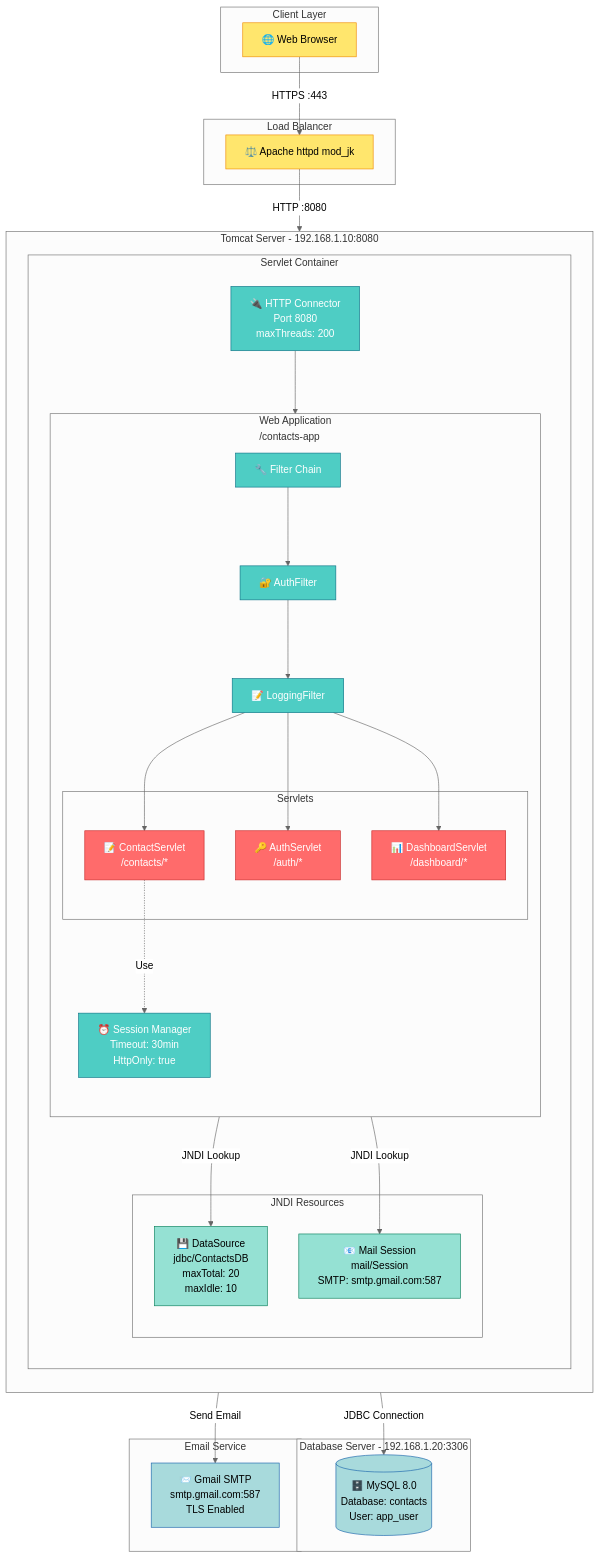
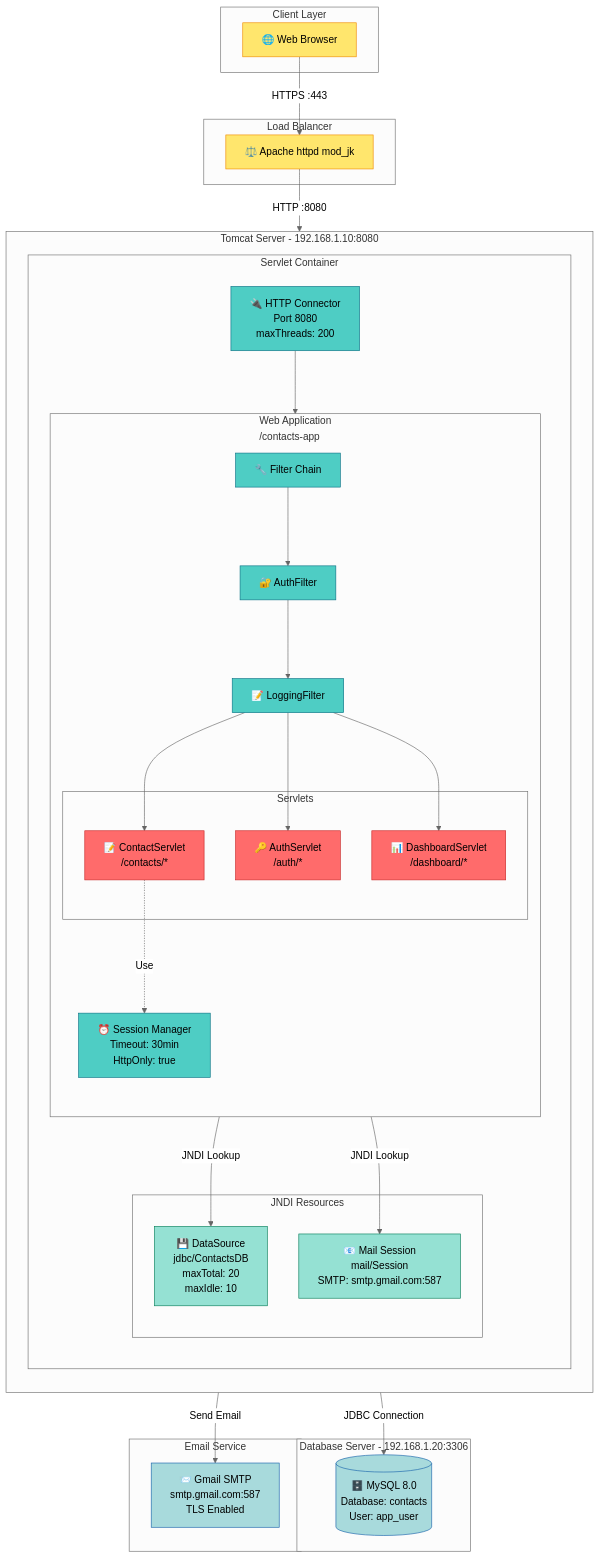
One commit to wienans/example-repo changed the second of 6 diagrams in .agents/skills/mermaid-architect/examples/java-webapp/README.md. Above: the diagram before and after it, drawn with Mermaid (neutral theme). The commit also changed other lines of this file and 58 other files, not shown here.

First line of the commit message:
feat(skills): merge mastery-of-mermaid into mermaid-architect

````diff
--- a/.agents/skills/mermaid-architect/examples/java-webapp/README.md
+++ b/.agents/skills/mermaid-architect/examples/java-webapp/README.md
@@ -312,75 +312,75 @@
 ```mermaid
 graph TB
     subgraph "Client Layer"
         Browser[🌐 Web Browser]
     end
 
     subgraph "Load Balancer"
         LB[⚖️ Apache httpd mod_jk]
     end
 
     subgraph "Tomcat Server - 192.168.1.10:8080"
         direction TB
 
         subgraph "Servlet Container"
             direction TB
             Connector[🔌 HTTP Connector<br/>Port 8080<br/>maxThreads: 200]
 
             subgraph "Web Application<br/>/contacts-app"
                 direction TB
                 FilterChain[🔧 Filter Chain]
                 AuthFilter[🔐 AuthFilter]
                 LogFilter[📝 LoggingFilter]
 
                 subgraph "Servlets"
                     ContactServlet[📝 ContactServlet<br/>/contacts/*]
                     AuthServlet[🔑 AuthServlet<br/>/auth/*]
                     Dashboard[📊 DashboardServlet<br/>/dashboard/*]
                 end
 
                 SessionMgr[⏰ Session Manager<br/>Timeout: 30min<br/>HttpOnly: true]
             end
 
             subgraph "JNDI Resources"
                 DataSource[💾 DataSource<br/>jdbc/ContactsDB<br/>maxTotal: 20<br/>maxIdle: 10]
                 MailSession[📧 Mail Session<br/>mail/Session<br/>SMTP: smtp.gmail.com:587]
             end
         end
     end
 
     subgraph "Database Server - 192.168.1.20:3306"
         MySQL[(🗄️ MySQL 8.0<br/>Database: contacts<br/>User: app_user)]
     end
 
     subgraph "Email Service"
         SMTP[📨 Gmail SMTP<br/>smtp.gmail.com:587<br/>TLS Enabled]
     end
 
     Browser -->|HTTPS :443| LB
     LB -->|HTTP :8080| Connector
     Connector --> FilterChain
     FilterChain --> AuthFilter
     AuthFilter --> LogFilter
     LogFilter --> ContactServlet
     LogFilter --> AuthServlet
     LogFilter --> Dashboard
 
     ContactServlet -.->|Use| SessionMgr
     ContactServlet -->|JNDI Lookup| DataSource
     AuthServlet -->|JNDI Lookup| MailSession
 
     DataSource -->|JDBC Connection| MySQL
     MailSession -->|Send Email| SMTP
 
     classDef frontend fill:#FFE66D,stroke:#F08C00,color:#000
-    classDef server fill:#4ECDC4,stroke:#0B7285,color:#fff
-    classDef servlet fill:#FF6B6B,stroke:#C92A2A,color:#fff
+    classDef server fill:#4ECDC4,stroke:#0B7285,color:#000
+    classDef servlet fill:#FF6B6B,stroke:#C92A2A,color:#000
     classDef resource fill:#95E1D3,stroke:#087F5B,color:#000
     classDef external fill:#A8DADC,stroke:#1864AB,color:#000
 
     class Browser,LB frontend
     class Connector,FilterChain,AuthFilter,LogFilter,SessionMgr server
     class ContactServlet,AuthServlet,Dashboard servlet
     class DataSource,MailSession resource
     class MySQL,SMTP external
 ```
````
